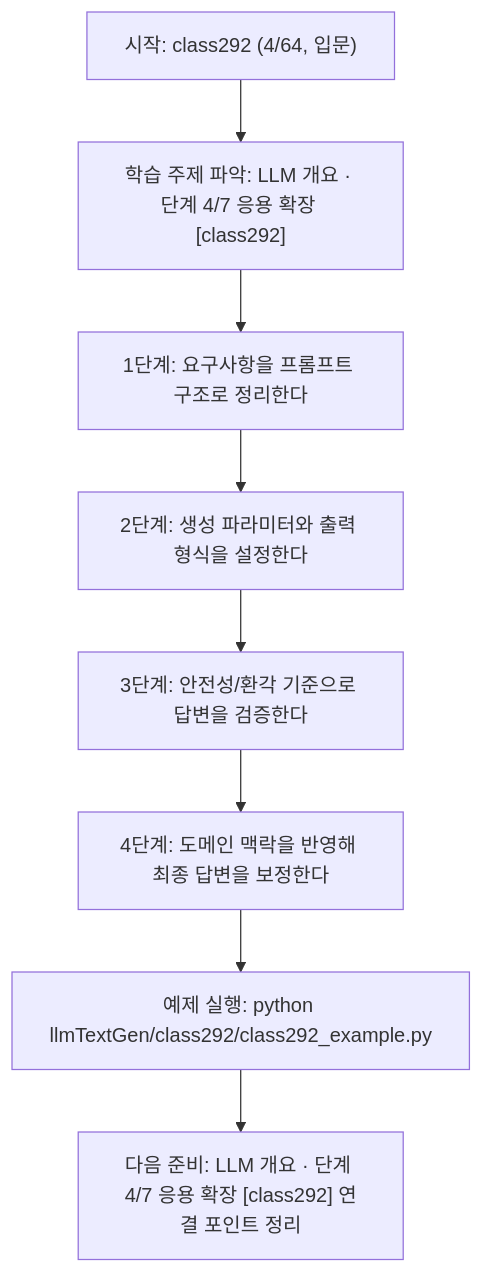
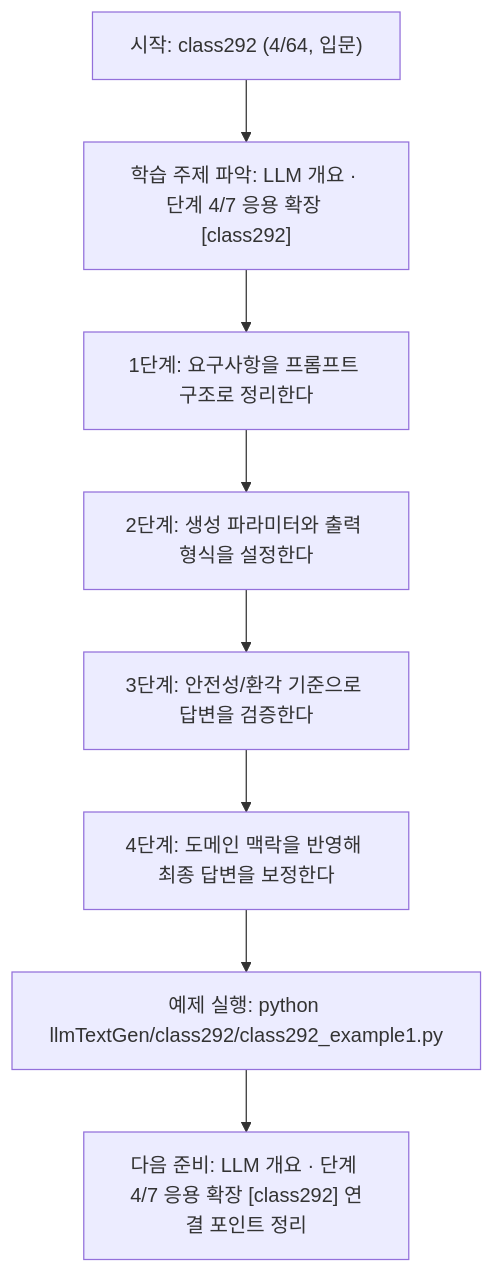
Before and after one commit to edumgt/Python-AI_Agent-Class: the diagram in llmTextGen/class292/class292.md, drawn with Mermaid. The commit also changed other lines of this file and 2959 other files, not shown here.

````diff
--- a/llmTextGen/class292/class292.md
+++ b/llmTextGen/class292/class292.md
@@ -113,18 +113,18 @@
 ```mermaid
 flowchart TD
 N1["시작: class292 (4/64, 입문)"]
 N2["학습 주제 파악: LLM 개요 · 단계 4/7 응용 확장 [class292]"]
 N3["1단계: 요구사항을 프롬프트 구조로 정리한다"]
 N4["2단계: 생성 파라미터와 출력 형식을 설정한다"]
 N5["3단계: 안전성/환각 기준으로 답변을 검증한다"]
 N6["4단계: 도메인 맥락을 반영해 최종 답변을 보정한다"]
-N7["예제 실행: python llmTextGen/class292/class292_example.py"]
+N7["예제 실행: python llmTextGen/class292/class292_example1.py"]
 N8["다음 준비: LLM 개요 · 단계 4/7 응용 확장 [class292] 연결 포인트 정리"]
 N1 --> N2
 N2 --> N3
 N3 --> N4
 N4 --> N5
 N5 --> N6
 N6 --> N7
 N7 --> N8
 ```
````
